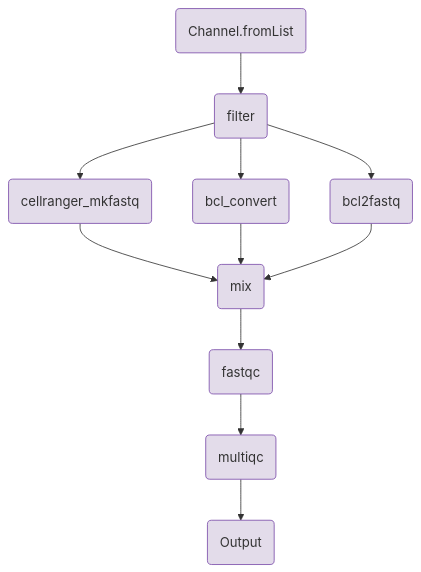
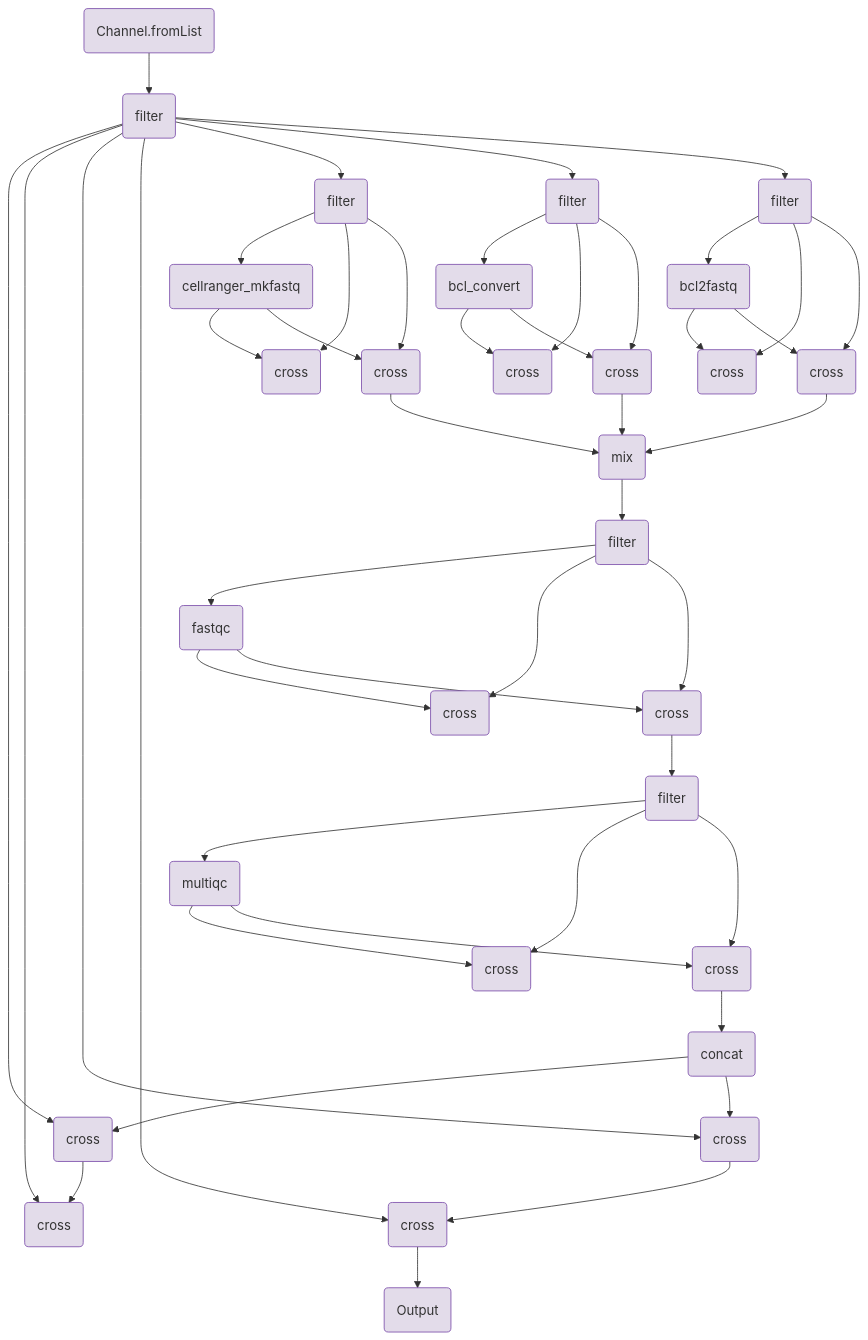
The diagram in components/workflows/ingestion/demux.qmd (openpipelines-bio/website), drawn with Mermaid before and after one commit. The commit also changed other lines of this file and 149 other files, not shown here.

````diff
--- a/components/workflows/ingestion/demux.qmd
+++ b/components/workflows/ingestion/demux.qmd
@@ -103,31 +103,105 @@
 flowchart TB
     v0(Channel.fromList)
     v2(filter)
-    v19(cellranger_mkfastq)
-    v78(mix)
-    v42(bcl_convert)
-    v65(bcl2fastq)
-    v87(fastqc)
-    v107(multiqc)
-    v135(Output)
+    v12(filter)
+    v20(cellranger_mkfastq)
+    v27(cross)
+    v37(cross)
+    v117(mix)
+    v48(filter)
+    v56(bcl_convert)
+    v63(cross)
+    v73(cross)
+    v84(filter)
+    v92(bcl2fastq)
+    v99(cross)
+    v109(cross)
+    v118(filter)
+    v126(fastqc)
+    v133(cross)
+    v143(cross)
+    v149(filter)
+    v179(concat)
+    v157(multiqc)
+    v164(cross)
+    v174(cross)
+    v186(cross)
+    v193(cross)
+    v205(cross)
+    v212(cross)
+    v216(Output)
+    v117-->v118
     v0-->v2
-    v2-->v19
-    v19-->v78
-    v2-->v42
-    v42-->v78
-    v2-->v65
-    v65-->v78
-    v78-->v87
-    v87-->v107
-    v107-->v135
+    v12-->v20
+    v20-->v27
+    v12-->v27
+    v12-->v37
+    v48-->v56
+    v56-->v63
+    v48-->v63
+    v48-->v73
+    v84-->v92
+    v92-->v99
+    v84-->v99
+    v84-->v109
+    v118-->v126
+    v126-->v133
+    v118-->v133
+    v118-->v143
+    v149-->v157
+    v157-->v164
+    v149-->v164
+    v149-->v174
+    v174-->v179
+    v179-->v186
+    v2-->v186
+    v186-->v193
+    v2-->v193
+    v2-->v205
+    v205-->v212
+    v2-->v212
+    v212-->v216
+    v2-->v12
+    v37-->v117
+    v20-->v37
+    v2-->v48
+    v73-->v117
+    v56-->v73
+    v2-->v84
+    v109-->v117
+    v92-->v109
+    v143-->v149
+    v126-->v143
+    v157-->v174
+    v179-->v205
     style v0 fill:#e3dcea,stroke:#7a4baa;
     style v2 fill:#e3dcea,stroke:#7a4baa;
-    style v19 fill:#e3dcea,stroke:#7a4baa;
-    style v78 fill:#e3dcea,stroke:#7a4baa;
-    style v42 fill:#e3dcea,stroke:#7a4baa;
-    style v65 fill:#e3dcea,stroke:#7a4baa;
-    style v87 fill:#e3dcea,stroke:#7a4baa;
-    style v107 fill:#e3dcea,stroke:#7a4baa;
-    style v135 fill:#e3dcea,stroke:#7a4baa;
+    style v12 fill:#e3dcea,stroke:#7a4baa;
+    style v20 fill:#e3dcea,stroke:#7a4baa;
+    style v27 fill:#e3dcea,stroke:#7a4baa;
+    style v37 fill:#e3dcea,stroke:#7a4baa;
+    style v117 fill:#e3dcea,stroke:#7a4baa;
+    style v48 fill:#e3dcea,stroke:#7a4baa;
+    style v56 fill:#e3dcea,stroke:#7a4baa;
+    style v63 fill:#e3dcea,stroke:#7a4baa;
+    style v73 fill:#e3dcea,stroke:#7a4baa;
+    style v84 fill:#e3dcea,stroke:#7a4baa;
+    style v92 fill:#e3dcea,stroke:#7a4baa;
+    style v99 fill:#e3dcea,stroke:#7a4baa;
+    style v109 fill:#e3dcea,stroke:#7a4baa;
+    style v118 fill:#e3dcea,stroke:#7a4baa;
+    style v126 fill:#e3dcea,stroke:#7a4baa;
+    style v133 fill:#e3dcea,stroke:#7a4baa;
+    style v143 fill:#e3dcea,stroke:#7a4baa;
+    style v149 fill:#e3dcea,stroke:#7a4baa;
+    style v179 fill:#e3dcea,stroke:#7a4baa;
+    style v157 fill:#e3dcea,stroke:#7a4baa;
+    style v164 fill:#e3dcea,stroke:#7a4baa;
+    style v174 fill:#e3dcea,stroke:#7a4baa;
+    style v186 fill:#e3dcea,stroke:#7a4baa;
+    style v193 fill:#e3dcea,stroke:#7a4baa;
+    style v205 fill:#e3dcea,stroke:#7a4baa;
+    style v212 fill:#e3dcea,stroke:#7a4baa;
+    style v216 fill:#e3dcea,stroke:#7a4baa;
 
 ```
````
